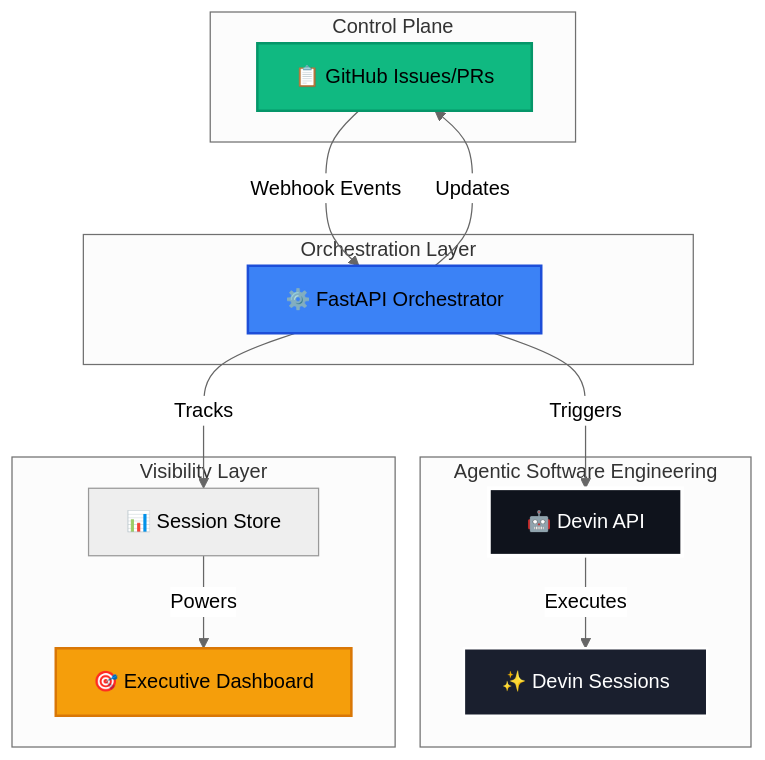
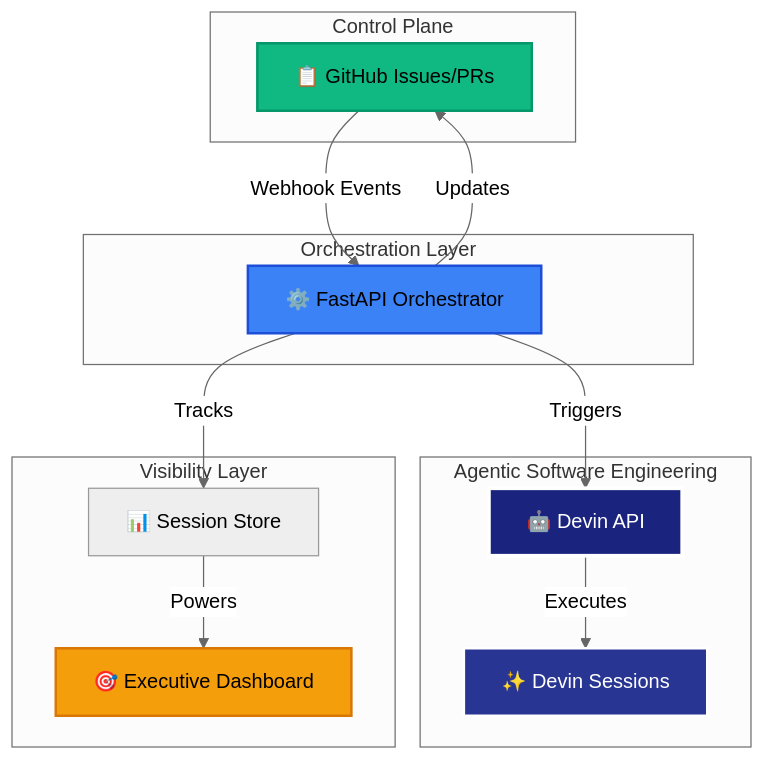
One commit to emillaurence/agentic-devin-swe-remediation changed the diagram in README.md. Above: the diagram before and after it, drawn with Mermaid (neutral theme).

Commit message:
Update Devin colors to deep navy blue

````diff
--- a/README.md
+++ b/README.md
@@ -25,33 +25,33 @@
 ```mermaid
 graph TB
     subgraph "Control Plane"
         GitHub[📋 GitHub Issues/PRs]
     end
 
     subgraph "Orchestration Layer"
         FastAPI[⚙️ FastAPI Orchestrator]
     end
 
     subgraph "Agentic Software Engineering"
         Devin[🤖 Devin API]
         Sessions[✨ Devin Sessions]
     end
 
     subgraph "Visibility Layer"
         Store[📊 Session Store]
         Dashboard[🎯 Executive Dashboard]
     end
 
     GitHub -->|Webhook Events| FastAPI
     FastAPI -->|Triggers| Devin
     Devin -->|Executes| Sessions
     FastAPI -->|Updates| GitHub
     FastAPI -->|Tracks| Store
     Store -->|Powers| Dashboard
 
-    style Devin fill:#0F131C,stroke:#FFF,stroke-width:3px,color:#FFF
-    style Sessions fill:#1a1f2e,stroke:#FFF,stroke-width:2px,color:#FFF
+    style Devin fill:#1a237e,stroke:#FFF,stroke-width:3px,color:#FFF
+    style Sessions fill:#283593,stroke:#FFF,stroke-width:2px,color:#FFF
     style FastAPI fill:#3b82f6,stroke:#1d4ed8,stroke-width:2px
     style GitHub fill:#10b981,stroke:#059669,stroke-width:2px
     style Dashboard fill:#f59e0b,stroke:#d97706,stroke-width:2px
 ```
````
